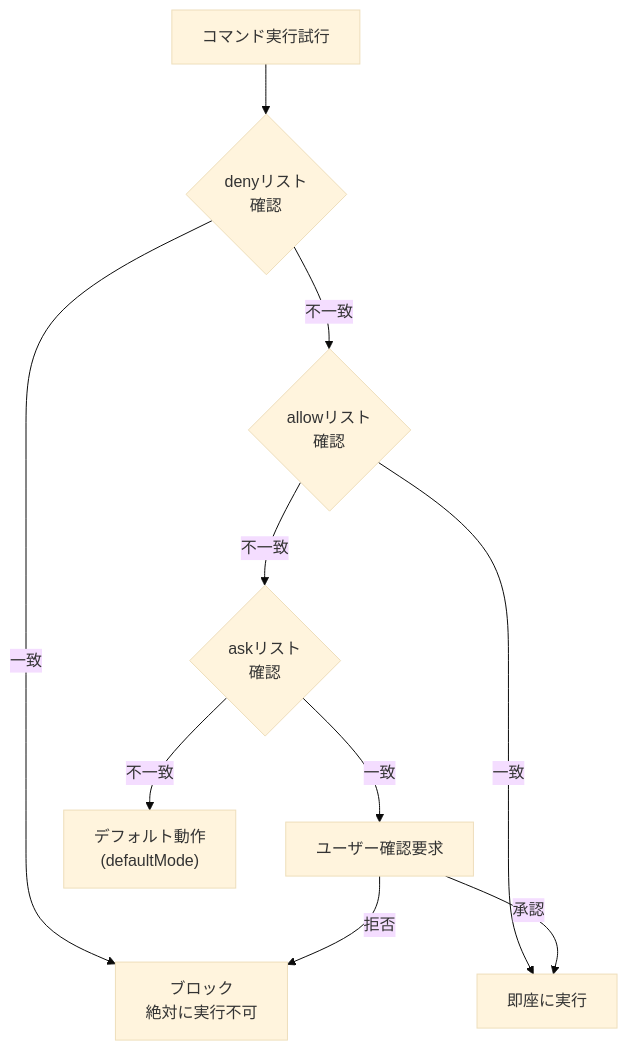
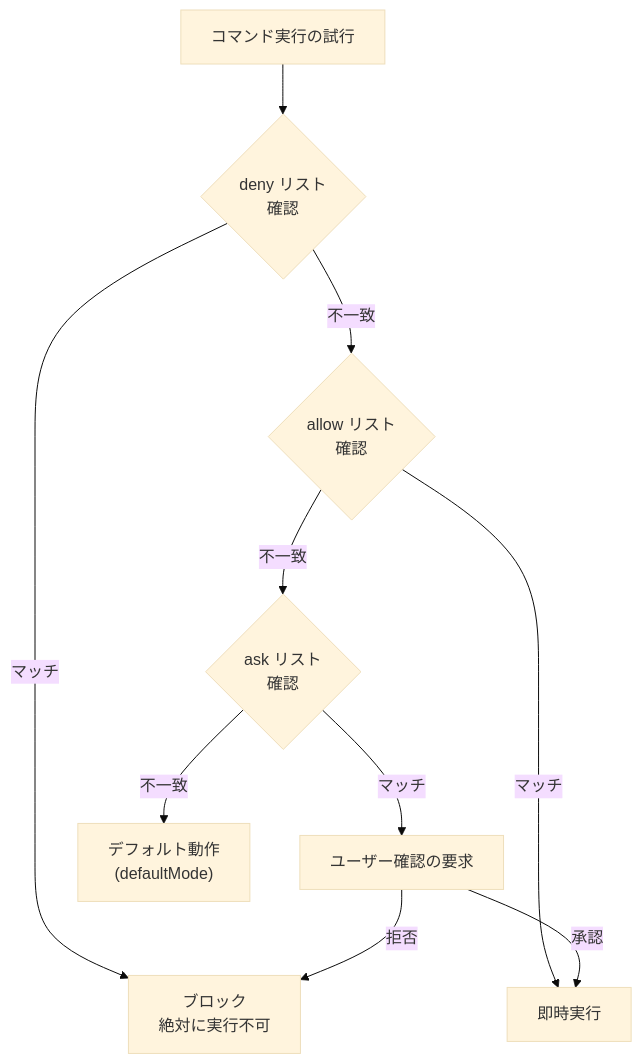
The second of 2 diagrams in docs-site/content/ja/advanced/settings-json.md (modu-ai/moai-adk), drawn with Mermaid (base theme) before and after one commit. The commit also changed other lines of this file and 395 other files, not shown here.

````diff
--- a/docs-site/content/ja/advanced/settings-json.md
+++ b/docs-site/content/ja/advanced/settings-json.md
@@ -455,16 +455,16 @@
 ```mermaid
 flowchart TD
-    CMD["コマンド実行試行"] --> CHECK_DENY{denyリスト<br>確認}
+    CMD["コマンド実行の試行"] --> CHECK_DENY{deny リスト<br>確認}
 
-    CHECK_DENY -->|一致| BLOCK["ブロック<br>絶対に実行不可"]
-    CHECK_DENY -->|不一致| CHECK_ALLOW{allowリスト<br>確認}
+    CHECK_DENY -->|マッチ| BLOCK["ブロック<br>絶対に実行不可"]
+    CHECK_DENY -->|不一致| CHECK_ALLOW{allow リスト<br>確認}
 
-    CHECK_ALLOW -->|一致| EXEC["即座に実行"]
-    CHECK_ALLOW -->|不一致| CHECK_ASK{askリスト<br>確認}
+    CHECK_ALLOW -->|マッチ| EXEC["即時実行"]
+    CHECK_ALLOW -->|不一致| CHECK_ASK{ask リスト<br>確認}
 
-    CHECK_ASK -->|一致| ASK["ユーザー確認要求"]
+    CHECK_ASK -->|マッチ| ASK["ユーザー確認の要求"]
     CHECK_ASK -->|不一致| DEFAULT["デフォルト動作<br>(defaultMode)"]
 
     ASK -->|承認| EXEC
     ASK -->|拒否| BLOCK
 ```
````
